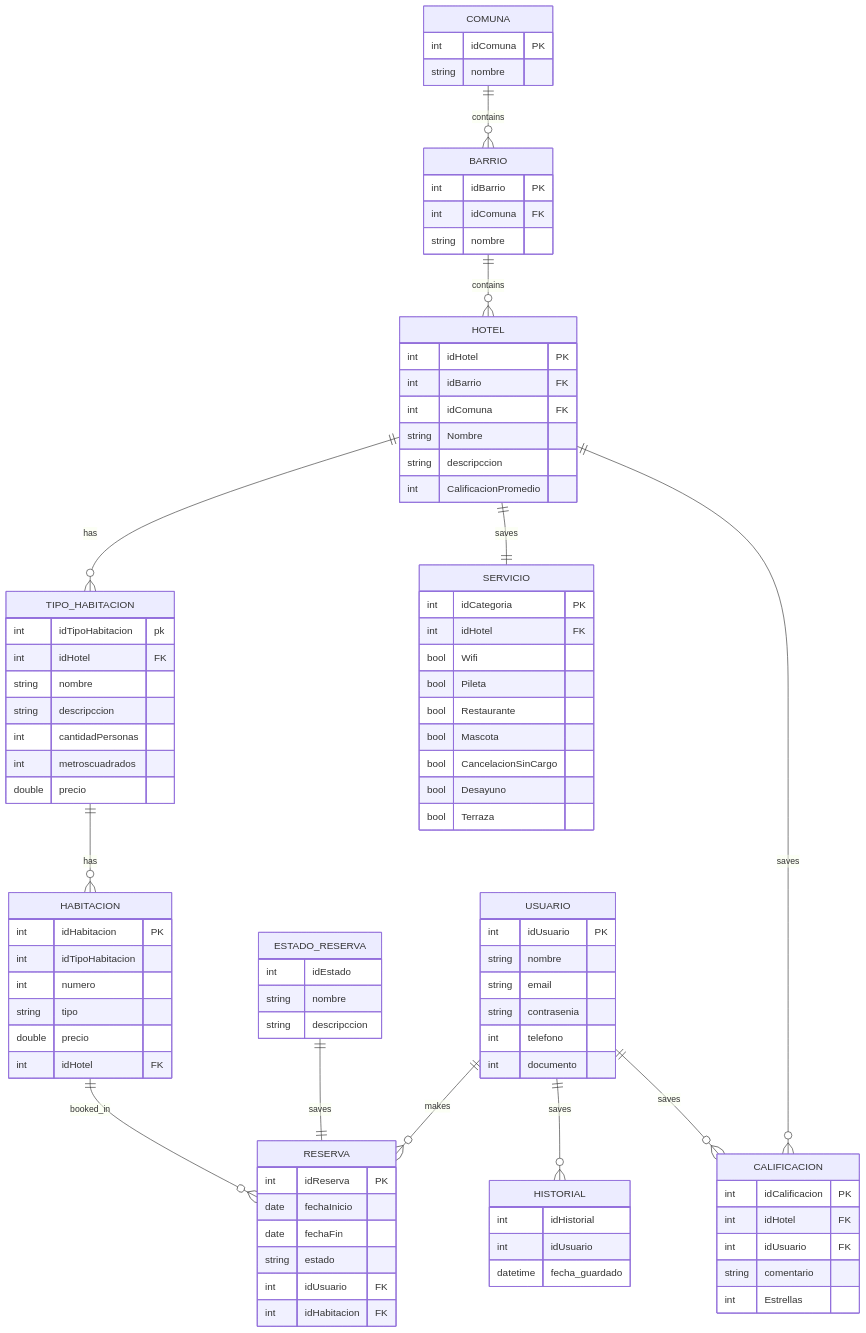
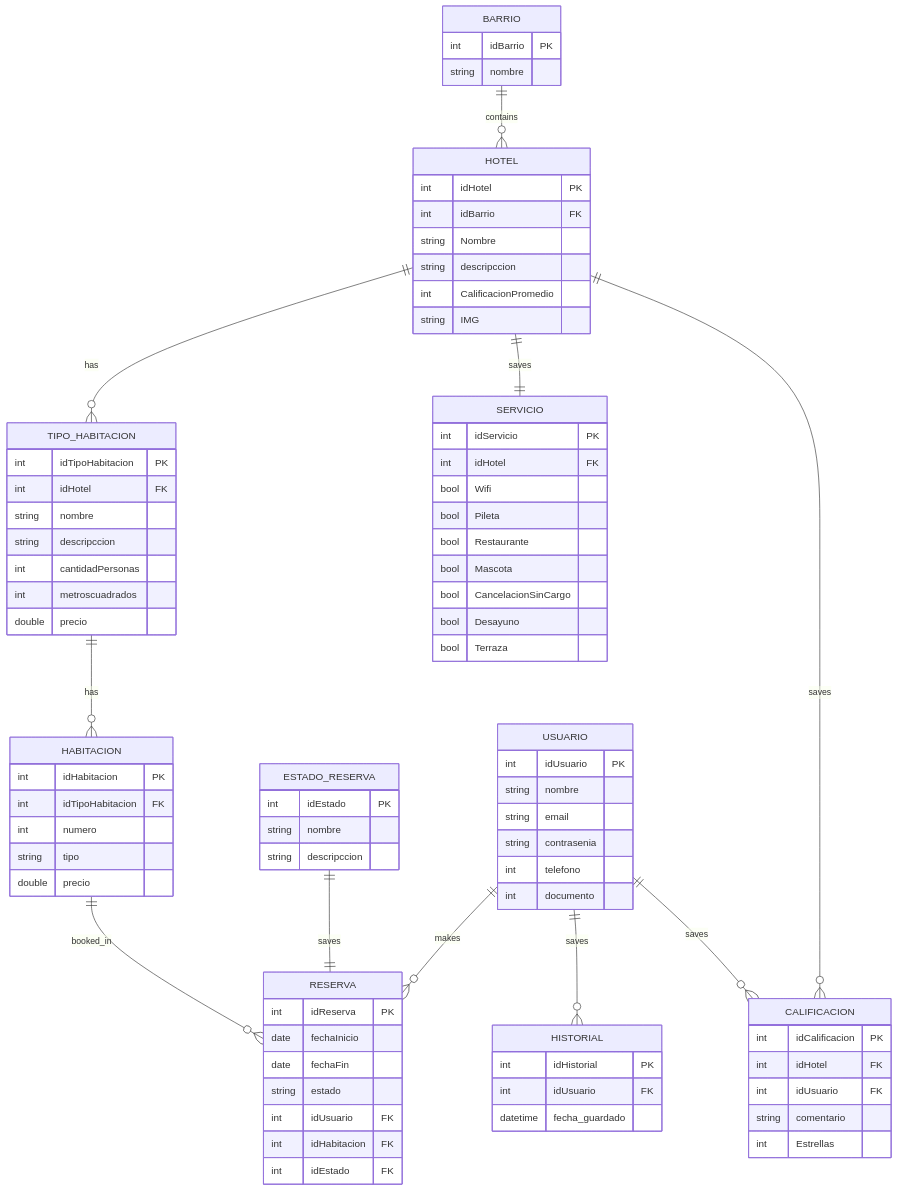
The first of 2 diagrams in README.md (Diego-FSP/Crossroads), drawn with Mermaid before and after one commit. The commit also changed other lines of this file, not shown here.

Commit message:
Fix Diagrama

````diff
--- a/README.md
+++ b/README.md
@@ -5,25 +5,20 @@
 ```mermaid
 erDiagram
 
-    COMUNA{
-        int idComuna PK
-        string nombre
-    }
     BARRIO{
         int idBarrio PK
-        int idComuna FK
         string nombre
     }
     HOTEL{
         int idHotel PK
         int idBarrio FK
-        int idComuna FK
         string Nombre
         string descripccion
         int CalificacionPromedio
+        string IMG
     }
     TIPO_HABITACION{
-        int idTipoHabitacion pk
+        int idTipoHabitacion PK
         int idHotel FK
         string nombre
         string descripccion
@@ -32,7 +27,7 @@
         double precio
     }
     SERVICIO{
-        int idCategoria  PK
+        int idServicio  PK
         int idHotel FK
         bool Wifi
         bool Pileta
@@ -51,11 +46,10 @@
     }
     HABITACION {
         int idHabitacion PK
-        int idTipoHabitacion
+        int idTipoHabitacion FK
         int numero
         string tipo
         double precio
-        int idHotel FK
     }
     RESERVA{
         int idReserva PK
@@ -64,9 +58,10 @@
         string estado
         int idUsuario FK
         int idHabitacion FK
+        int idEstado FK
     }
     ESTADO_RESERVA{
-        int idEstado
+        int idEstado PK
         string nombre
         string descripccion
     }
@@ -80,12 +75,11 @@
     }
 
     HISTORIAL{
-        int idHistorial 
-        int idUsuario 
+        int idHistorial PK
+        int idUsuario FK
         datetime fecha_guardado
     }
     BARRIO ||--o{ HOTEL : contains
-    COMUNA ||--o{ BARRIO : contains
     HOTEL||--o{TIPO_HABITACION:has
     TIPO_HABITACION||--o{HABITACION:has
     USUARIO ||--o{ RESERVA : makes
````
